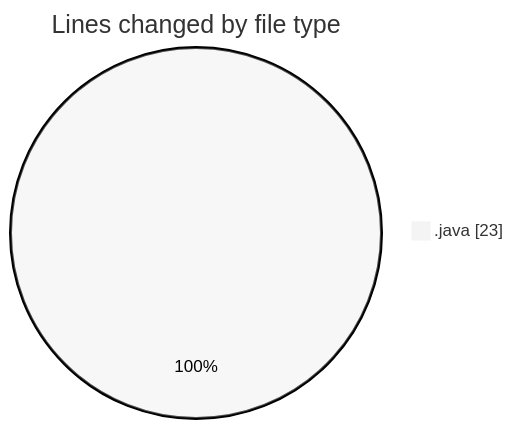
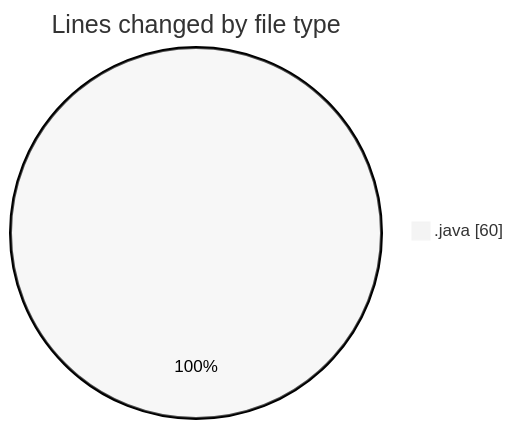
Before and after one commit to hasnaa123/code-tracking: the first of 2 diagrams in 2026-10-25/taskforge/README.md, drawn with Mermaid (neutral theme). The commit also changed other lines of this file and 1 other file, not shown here.

````diff
--- a/2026-10-25/taskforge/README.md
+++ b/2026-10-25/taskforge/README.md
@@ -20,5 +21,5 @@
 ```mermaid
 pie showData
 title Lines changed by file type
-".java" : 23
+".java" : 60
 ```
````
